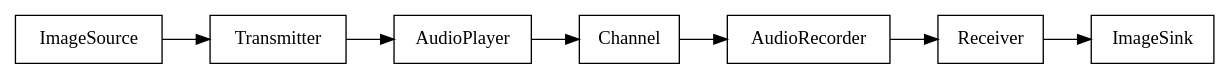
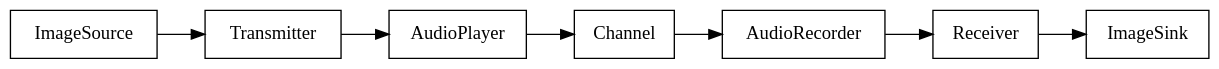
One commit to bwitherspoon/audiomodem changed the diagram in doc/system.dot. Above: the diagram before and after it, drawn with Graphviz. The commit also changed 2 other files, not shown here.

Commit message:
doc: use transparent backgrounds for graphs

```diff
--- a/doc/system.dot
+++ b/doc/system.dot
@@ -1,6 +1,7 @@
 digraph System {
+    bgcolor=transparent;
     rankdir=LR;
     node [shape=box];
     ImageSource -> Transmitter -> AudioPlayer -> Channel
         -> AudioRecorder -> Receiver -> ImageSink;
 }
```
